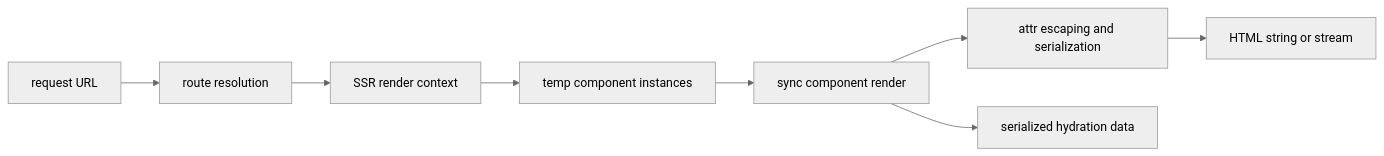
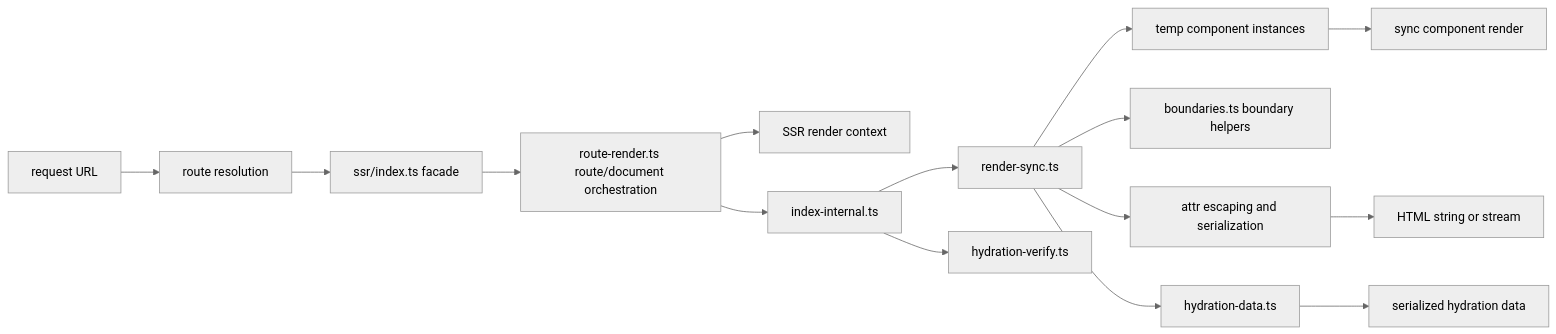
The second of 7 diagrams in docs/internals/ssr-ssg-pipeline.md (askrjs/askr), drawn with Mermaid (neutral theme) before and after one commit. The commit also changed other lines of this file and 154 other files, not shown here.

First line of the commit message:
Add direct audit coverage for architecture cleanup (#54)

````diff
--- a/docs/internals/ssr-ssg-pipeline.md
+++ b/docs/internals/ssr-ssg-pipeline.md
@@ -33,19 +33,33 @@
 ```mermaid
 flowchart LR
   url[request URL]
   routeResolve[route resolution]
   ssrContext[SSR render context]
+  facade[ssr/index.ts facade]
+  routeRender[route-render.ts route/document orchestration]
+  internal[index-internal.ts]
+  renderSync[render-sync.ts]
+  hydrationData[hydration-data.ts]
+  boundaries[boundaries.ts boundary helpers]
   componentInstance[temp component instances]
   syncRender[sync component render]
   attrs[attr escaping and serialization]
+  verify[hydration-verify.ts]
   html[HTML string or stream]
   hydrateData[serialized hydration data]
 
   url --> routeResolve
-  routeResolve --> ssrContext
-  ssrContext --> componentInstance
+  routeResolve --> facade
+  facade --> routeRender
+  routeRender --> ssrContext
+  routeRender --> internal
+  internal --> renderSync
+  internal --> verify
+  renderSync --> boundaries
+  renderSync --> componentInstance
   componentInstance --> syncRender
-  syncRender --> attrs
+  renderSync --> attrs
   attrs --> html
-  syncRender --> hydrateData
+  renderSync --> hydrationData
+  hydrationData --> hydrateData
 ```
````
